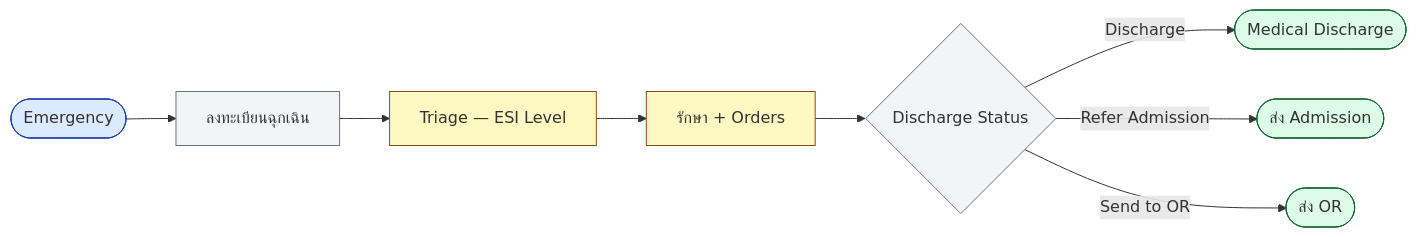
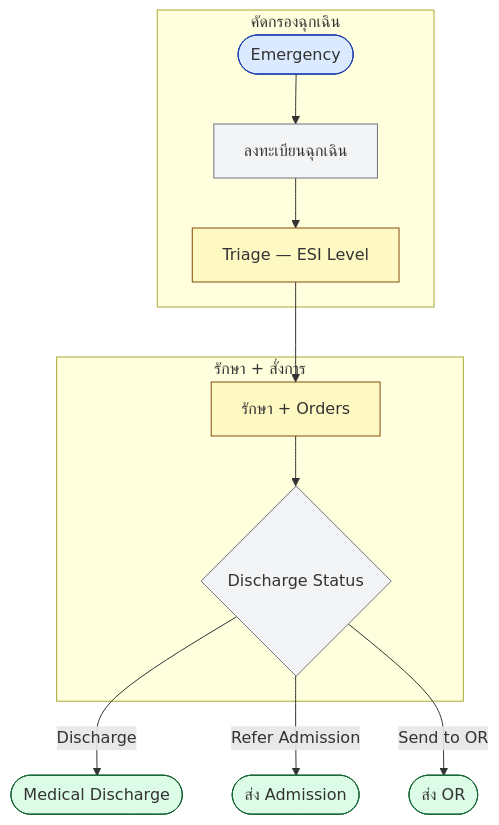
Before and after one commit to npnatt12/KMCH-HIS-Wiki: the diagram in public/charts/er.mmd, drawn with Mermaid. The commit also changed 80 other files, not shown here.

First line of the commit message:
feat(charts): restructure all flowcharts with subgraph phases for balanced layout

```diff
--- a/public/charts/er.mmd
+++ b/public/charts/er.mmd
@@ -1,16 +1,20 @@
-graph LR
-  A([Emergency]) --> B[ลงทะเบียนฉุกเฉิน]
-  B --> C[Triage — ESI Level]
-  C --> D[รักษา + Orders]
-  D --> E{Discharge Status}
+graph TB
+  subgraph Triage["คัดกรองฉุกเฉิน"]
+    A([Emergency]) --> B[ลงทะเบียนฉุกเฉิน]
+    B --> C[Triage — ESI Level]
+  end
+  subgraph Treatment["รักษา + สั่งการ"]
+    C --> D[รักษา + Orders]
+    D --> E{Discharge Status}
+  end
   E -->|Discharge| F([Medical Discharge])
   E -->|Refer Admission| G([ส่ง Admission])
   E -->|Send to OR| H([ส่ง OR])
   style A fill:#dbeafe,stroke:#1e40af
   style B fill:#f3f4f6,stroke:#6b7280
   style C fill:#fef9c3,stroke:#854d0e
   style D fill:#fef9c3,stroke:#854d0e
   style E fill:#f3f4f6,stroke:#6b7280
   style F fill:#dcfce7,stroke:#166534
   style G fill:#dcfce7,stroke:#166534
   style H fill:#dcfce7,stroke:#166534
```
